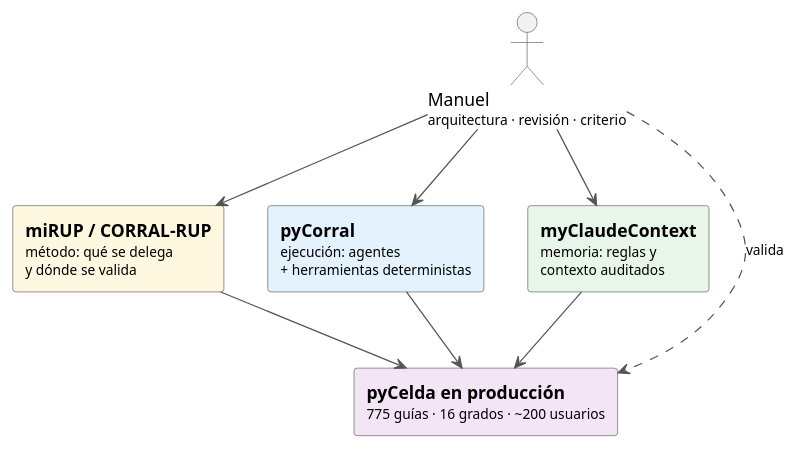
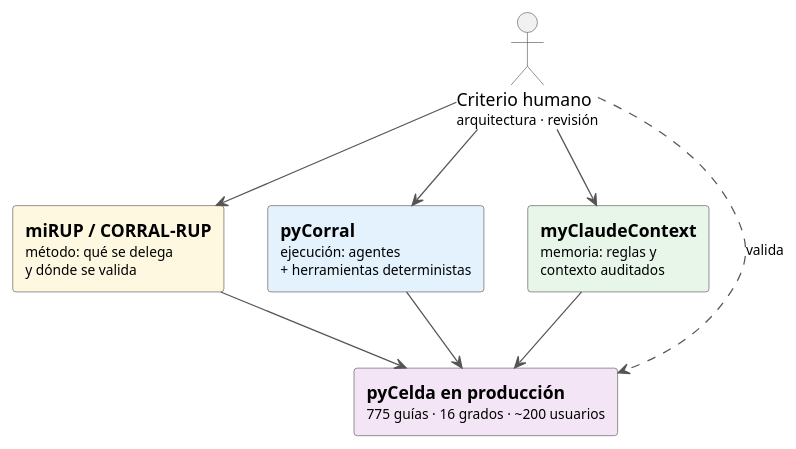
One commit to mmasias/mmasias changed the diagram in modelosUML/evolucion-capas.puml. Above: the diagram before and after it, drawn with PlantUML. The commit also changed 1 other file, not shown here.

Commit message:
docs(EVOLUCION): el diagrama de capas nombra el criterio humano, no a una persona

```diff
--- a/modelosUML/evolucion-capas.puml
+++ b/modelosUML/evolucion-capas.puml
@@ -1,24 +1,24 @@
 @startuml
 skinparam shadowing false
 skinparam defaultFontName "Arial"
 skinparam rectangleBorderColor #555555
 skinparam actorBorderColor #555555
 skinparam ArrowColor #555555
 top to bottom direction
 
-actor "Manuel\n<size:11>arquitectura · revisión · criterio</size>" as manuel
+actor "Criterio humano\n<size:11>arquitectura · revisión</size>" as manuel
 
 rectangle "<b>miRUP / CORRAL-RUP</b>\n<size:11>método: qué se delega</size>\n<size:11>y dónde se valida</size>" as mirup #FFF8E1
 rectangle "<b>pyCorral</b>\n<size:11>ejecución: agentes</size>\n<size:11>+ herramientas deterministas</size>" as corral #E3F2FD
 rectangle "<b>myClaudeContext</b>\n<size:11>memoria: reglas y</size>\n<size:11>contexto auditados</size>" as memoria #E8F5E9
 
 rectangle "<b>pyCelda en producción</b>\n<size:11>775 guías · 16 grados · ~200 usuarios</size>" as pycelda #F3E5F5
 
 manuel --> mirup
 manuel --> corral
 manuel --> memoria
 mirup --> pycelda
 corral --> pycelda
 memoria --> pycelda
 manuel ..> pycelda : <size:11>valida</size>
 @enduml
```
